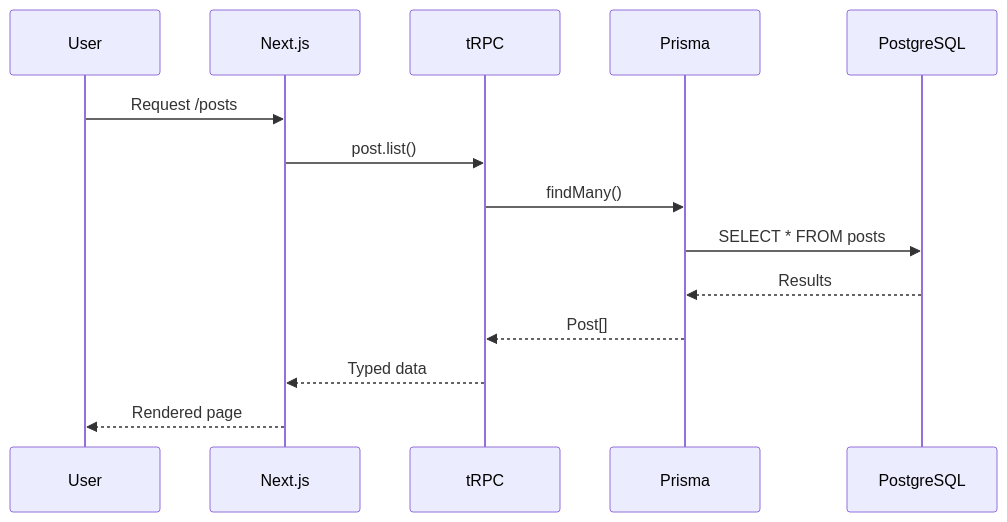
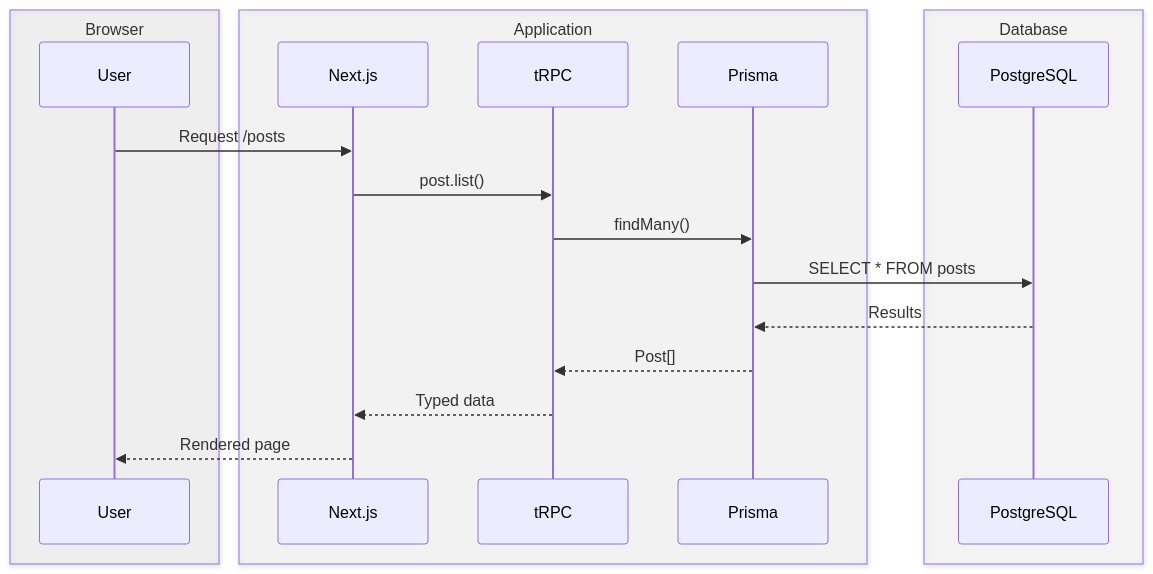
The diagram in .claude/commands/write-docs.md (rcdelacruz/claude-code-agents), drawn with Mermaid before and after one commit. The commit also changed other lines of this file and 5 other files, not shown here.

````diff
--- a/.claude/commands/write-docs.md
+++ b/.claude/commands/write-docs.md
@@ -626,17 +633,29 @@
 ```mermaid
 sequenceDiagram
     participant User
     participant Next.js
     participant tRPC
     participant Prisma
     participant PostgreSQL
 
     User->>Next.js: Request /posts
     Next.js->>tRPC: post.list()
     tRPC->>Prisma: findMany()
     Prisma->>PostgreSQL: SELECT * FROM posts
     PostgreSQL-->>Prisma: Results
     Prisma-->>tRPC: Post[]
     tRPC-->>Next.js: Typed data
     Next.js-->>User: Rendered page
+
+    box rgba(224,224,224,0.2) Browser
+    participant User
+    end
+    box rgba(245,245,245,0.2) Application
+    participant Next.js
+    participant tRPC
+    participant Prisma
+    end
+    box rgba(250,250,250,0.2) Database
+    participant PostgreSQL
+    end
 ```
````
